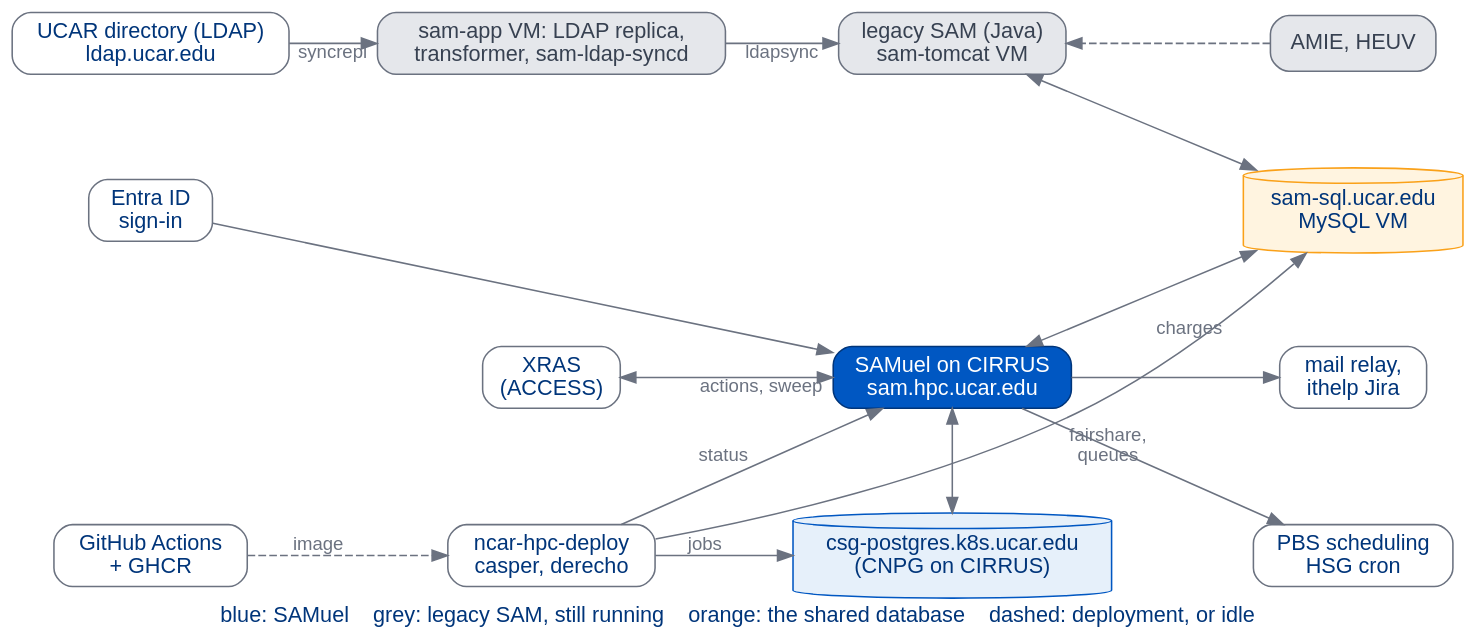
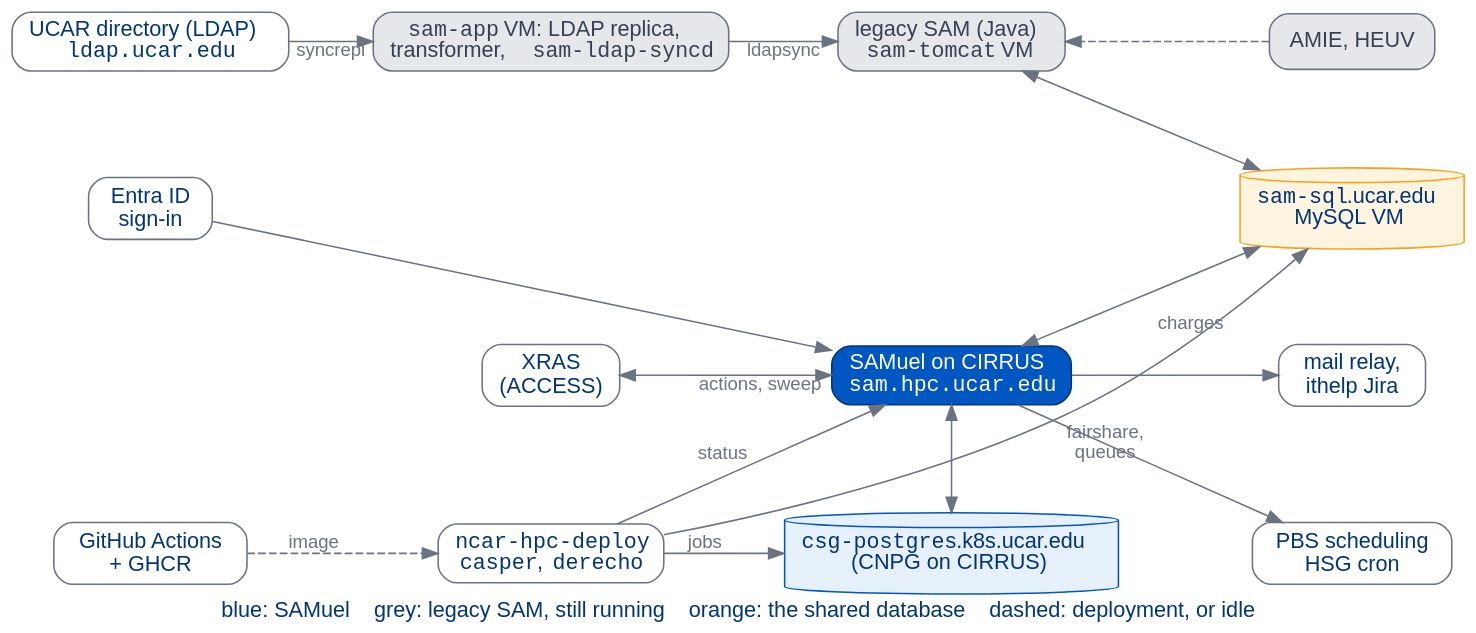
Before and after one commit to benkirk/sam-queries: the first of 6 diagrams in docs/presentations/samuel/_4-systems.qmd, drawn with Graphviz. The commit also changed other lines of this file and 63 other files, not shown here.

````diff
--- a/docs/presentations/samuel/_4-systems.qmd
+++ b/docs/presentations/samuel/_4-systems.qmd
@@ -15,49 +15,49 @@
 ```{dot}
 //| fig-width: 10
 digraph Map {
   graph [layout=neato, splines=true, bgcolor="transparent",
          fontname="Helvetica", fontsize=14, fontcolor="#00357A",
          label="blue: SAMuel    grey: legacy SAM, still running    orange: the shared database    dashed: deployment, or idle",
          labelloc=b];
   node  [shape=box, style="rounded,filled", fontname="Helvetica", fontsize=14,
          fillcolor="#FFFFFF", color="#6B7280", fontcolor="#00357A", margin="0.15,0.07"];
   edge  [fontname="Helvetica", fontsize=12, color="#6B7280", fontcolor="#6B7280"];
 
-  dir     [label="UCAR directory (LDAP)\nldap.ucar.edu", pos="0,4.2!"];
-  helpers [label="sam-app VM: LDAP replica,\ntransformer, sam-ldap-syncd", pos="3.6,4.2!",
+  dir     [label=<UCAR directory (LDAP)<BR/><FONT FACE="Courier">ldap.ucar.edu</FONT>>, pos="0,4.2!"];
+  helpers [label=<<FONT FACE="Courier">sam-app</FONT>&#160;VM: LDAP replica,<BR/>transformer,&#160;<FONT FACE="Courier">sam-ldap-syncd</FONT>>, pos="3.6,4.2!",
            fillcolor="#E5E7EB", fontcolor="#374151"];
-  tomcat  [label="legacy SAM (Java)\nsam-tomcat VM", pos="7.2,4.2!",
+  tomcat  [label=<legacy SAM (Java)<BR/><FONT FACE="Courier">sam-tomcat</FONT>&#160;VM>, pos="7.2,4.2!",
            fillcolor="#E5E7EB", fontcolor="#374151"];
   other   [label="AMIE, HEUV", pos="10.8,4.2!", fillcolor="#E5E7EB", fontcolor="#374151"];
 
   entra   [label="Entra ID\nsign-in", pos="0,2.7!"];
-  sql     [label="sam-sql.ucar.edu\nMySQL VM", pos="10.8,2.7!", shape=cylinder,
+  sql     [label=<<FONT FACE="Courier">sam-sql</FONT>.ucar.edu<BR/>MySQL VM>, pos="10.8,2.7!", shape=cylinder,
            fillcolor="#FFF4E0", color="#FAA119"];
 
   xras    [label="XRAS\n(ACCESS)", pos="3.6,1.2!"];
-  samuel  [label="SAMuel on CIRRUS\nsam.hpc.ucar.edu", pos="7.2,1.2!",
+  samuel  [label=<SAMuel on CIRRUS<BR/><FONT FACE="Courier">sam.hpc.ucar.edu</FONT>>, pos="7.2,1.2!",
            fillcolor="#0057C2", color="#00357A", fontcolor="#FFFFFF"];
   mail    [label="mail relay,\nithelp Jira", pos="10.8,1.2!"];
 
   gh      [label="GitHub Actions\n+ GHCR", pos="0,-0.4!"];
-  lanes   [label="ncar-hpc-deploy\ncasper, derecho", pos="3.6,-0.4!"];
-  pg      [label="csg-postgres.k8s.ucar.edu\n(CNPG on CIRRUS)", pos="7.2,-0.4!", shape=cylinder,
+  lanes   [label=<<FONT FACE="Courier">ncar-hpc-deploy</FONT><BR/><FONT FACE="Courier">casper</FONT>,&#160;<FONT FACE="Courier">derecho</FONT>>, pos="3.6,-0.4!"];
+  pg      [label=<<FONT FACE="Courier">csg-postgres</FONT>.k8s.ucar.edu<BR/>(CNPG on CIRRUS)>, pos="7.2,-0.4!", shape=cylinder,
            fillcolor="#E6F0FA", color="#0057C2"];
   pbs     [label="PBS scheduling\nHSG cron", pos="10.8,-0.4!"];
 
   dir -> helpers [label="syncrepl"];
   helpers -> tomcat [label="ldapsync"];
   other -> tomcat [style=dashed];
   tomcat -> sql [dir=both];
   samuel -> sql [dir=both];
   entra -> samuel;
   samuel -> mail;
   xras -> samuel [dir=both, label="actions, sweep"];
   samuel -> pg [dir=both];
   samuel -> pbs [label="fairshare,\nqueues"];
   lanes -> samuel [label="status"];
   lanes -> pg [label="jobs"];
   lanes -> sql [headlabel="charges", labeldistance=9, labelangle=-8];
   gh -> lanes [style=dashed, label="image"];
 }
 ```
````
